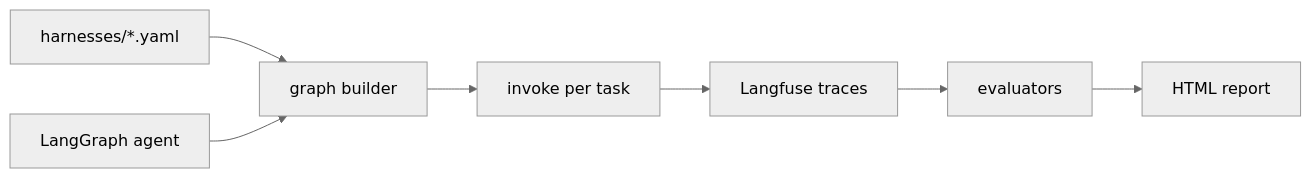
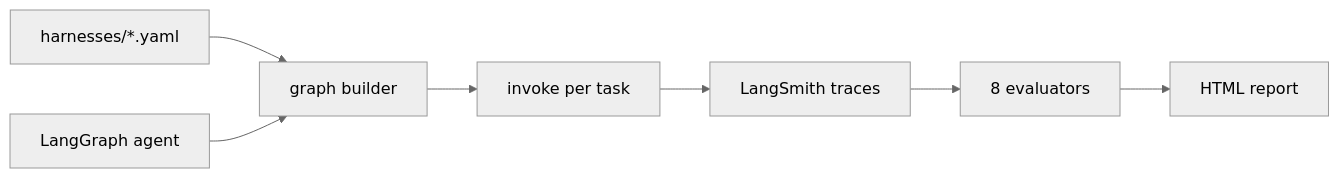
The diagram in README.md (HOSH19/HarnessLab), drawn with Mermaid (neutral theme) before and after one commit. The commit also changed other lines of this file and 33 other files, not shown here.

First line of the commit message:
Revert to LangSmith and keep top-5 observability fields

````diff
--- a/README.md
+++ b/README.md
@@ -11,9 +17,9 @@
 ```mermaid
 flowchart LR
     YAML[harnesses/*.yaml] --> Builder[graph builder]
     Graph[LangGraph agent] --> Builder
     Builder --> Run[invoke per task]
-    Run --> LF[Langfuse traces]
-    LF --> Eval[evaluators]
+    Run --> LS[LangSmith traces]
+    LS --> Eval[8 evaluators]
     Eval --> Report[HTML report]
 ```
````
